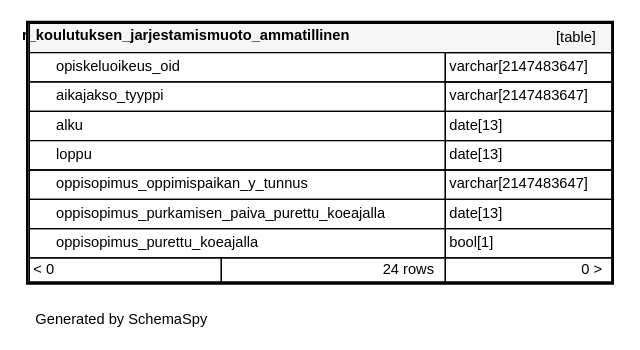
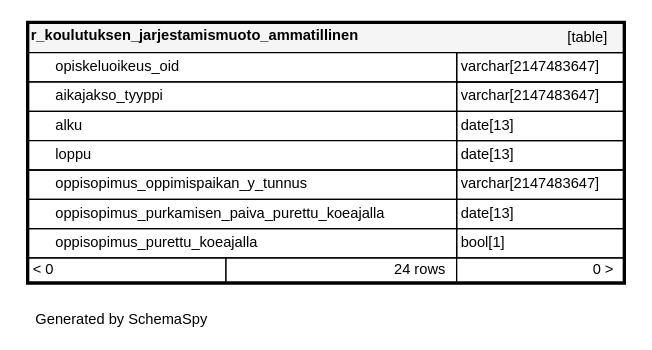
One commit to Opetushallitus/koski changed the diagram in documentation/tietokantaskeemat/koski-raportointikanta/diagrams/tables/r_koulutuksen_jarjestamismuoto__e7f45a0d.1degree.dot. Above: the diagram before and after it, drawn with Graphviz. The commit also changed 255 other files, not shown here.

```diff
--- a/documentation/tietokantaskeemat/koski-raportointikanta/diagrams/tables/r_koulutuksen_jarjestamismuoto__e7f45a0d.1degree.dot
+++ b/documentation/tietokantaskeemat/koski-raportointikanta/diagrams/tables/r_koulutuksen_jarjestamismuoto__e7f45a0d.1degree.dot
@@ -1,20 +1,20 @@
 digraph "oneDegreeRelationshipsDiagram" {
   graph [    rankdir="RL"    bgcolor="#ffffff"    label="\nGenerated by SchemaSpy"    labeljust="l"    nodesep="0.18"    ranksep="0.46"    fontname="Helvetica"    fontsize="11"    ration="compress"  ];  node [    fontname="Helvetica"    fontsize="11"    shape="plaintext"  ];  edge [    arrowsize="0.8"  ];
   "r_koulutuksen_jarjestamismuoto_ammatillinen" [
    label=<
     <TABLE BORDER="2" CELLBORDER="1" CELLSPACING="0" BGCOLOR="#ffffff">
-      <TR><TD COLSPAN="4"  BGCOLOR="#f5f5f5"><TABLE BORDER="0" CELLSPACING="0"><TR><TD ALIGN="LEFT" FIXEDSIZE="TRUE" WIDTH="268" HEIGHT="16"><B>r_koulutuksen_jarjestamismuoto_ammatillinen</B></TD><TD ALIGN="RIGHT">[table]</TD></TR></TABLE></TD></TR>
-      <TR><TD PORT="opiskeluoikeus_oid" COLSPAN="2" BGCOLOR="#ffffff" ALIGN="LEFT"><TABLE BORDER="0" CELLSPACING="0" ALIGN="LEFT"><TR ALIGN="LEFT"><TD ALIGN="LEFT" FIXEDSIZE="TRUE" WIDTH="15" HEIGHT="16"></TD><TD ALIGN="LEFT" FIXEDSIZE="TRUE" WIDTH="291" HEIGHT="16">opiskeluoikeus_oid</TD></TR></TABLE></TD><TD PORT="opiskeluoikeus_oid.type" ALIGN="LEFT">varchar[2147483647]</TD></TR>
-      <TR><TD PORT="aikajakso_tyyppi" COLSPAN="2" BGCOLOR="#ffffff" ALIGN="LEFT"><TABLE BORDER="0" CELLSPACING="0" ALIGN="LEFT"><TR ALIGN="LEFT"><TD ALIGN="LEFT" FIXEDSIZE="TRUE" WIDTH="15" HEIGHT="16"></TD><TD ALIGN="LEFT" FIXEDSIZE="TRUE" WIDTH="291" HEIGHT="16">aikajakso_tyyppi</TD></TR></TABLE></TD><TD PORT="aikajakso_tyyppi.type" ALIGN="LEFT">varchar[2147483647]</TD></TR>
-      <TR><TD PORT="alku" COLSPAN="2" BGCOLOR="#ffffff" ALIGN="LEFT"><TABLE BORDER="0" CELLSPACING="0" ALIGN="LEFT"><TR ALIGN="LEFT"><TD ALIGN="LEFT" FIXEDSIZE="TRUE" WIDTH="15" HEIGHT="16"></TD><TD ALIGN="LEFT" FIXEDSIZE="TRUE" WIDTH="291" HEIGHT="16">alku</TD></TR></TABLE></TD><TD PORT="alku.type" ALIGN="LEFT">date[13]</TD></TR>
-      <TR><TD PORT="loppu" COLSPAN="2" BGCOLOR="#ffffff" ALIGN="LEFT"><TABLE BORDER="0" CELLSPACING="0" ALIGN="LEFT"><TR ALIGN="LEFT"><TD ALIGN="LEFT" FIXEDSIZE="TRUE" WIDTH="15" HEIGHT="16"></TD><TD ALIGN="LEFT" FIXEDSIZE="TRUE" WIDTH="291" HEIGHT="16">loppu</TD></TR></TABLE></TD><TD PORT="loppu.type" ALIGN="LEFT">date[13]</TD></TR>
-      <TR><TD PORT="oppisopimus_oppimispaikan_y_tunnus" COLSPAN="2" ALIGN="LEFT"><TABLE BORDER="0" CELLSPACING="0" ALIGN="LEFT"><TR ALIGN="LEFT"><TD ALIGN="LEFT" FIXEDSIZE="TRUE" WIDTH="15" HEIGHT="16"></TD><TD ALIGN="LEFT" FIXEDSIZE="TRUE" WIDTH="291" HEIGHT="16">oppisopimus_oppimispaikan_y_tunnus</TD></TR></TABLE></TD><TD PORT="oppisopimus_oppimispaikan_y_tunnus.type" ALIGN="LEFT">varchar[2147483647]</TD></TR>
-      <TR><TD PORT="oppisopimus_purkamisen_paiva_purettu_koeajalla" COLSPAN="2" ALIGN="LEFT"><TABLE BORDER="0" CELLSPACING="0" ALIGN="LEFT"><TR ALIGN="LEFT"><TD ALIGN="LEFT" FIXEDSIZE="TRUE" WIDTH="15" HEIGHT="16"></TD><TD ALIGN="LEFT" FIXEDSIZE="TRUE" WIDTH="291" HEIGHT="16">oppisopimus_purkamisen_paiva_purettu_koeajalla</TD></TR></TABLE></TD><TD PORT="oppisopimus_purkamisen_paiva_purettu_koeajalla.type" ALIGN="LEFT">date[13]</TD></TR>
-      <TR><TD PORT="oppisopimus_purettu_koeajalla" COLSPAN="2" ALIGN="LEFT"><TABLE BORDER="0" CELLSPACING="0" ALIGN="LEFT"><TR ALIGN="LEFT"><TD ALIGN="LEFT" FIXEDSIZE="TRUE" WIDTH="15" HEIGHT="16"></TD><TD ALIGN="LEFT" FIXEDSIZE="TRUE" WIDTH="291" HEIGHT="16">oppisopimus_purettu_koeajalla</TD></TR></TABLE></TD><TD PORT="oppisopimus_purettu_koeajalla.type" ALIGN="LEFT">bool[1]</TD></TR>
+      <TR><TD COLSPAN="4"  BGCOLOR="#f5f5f5"><TABLE BORDER="0" CELLSPACING="0"><TR><TD ALIGN="LEFT" FIXEDSIZE="TRUE" WIDTH="282" HEIGHT="16"><B>r_koulutuksen_jarjestamismuoto_ammatillinen</B></TD><TD ALIGN="RIGHT">[table]</TD></TR></TABLE></TD></TR>
+      <TR><TD PORT="opiskeluoikeus_oid" COLSPAN="2" BGCOLOR="#ffffff" ALIGN="LEFT"><TABLE BORDER="0" CELLSPACING="0" ALIGN="LEFT"><TR ALIGN="LEFT"><TD ALIGN="LEFT" FIXEDSIZE="TRUE" WIDTH="15" HEIGHT="16"></TD><TD ALIGN="LEFT" FIXEDSIZE="TRUE" WIDTH="300" HEIGHT="16">opiskeluoikeus_oid</TD></TR></TABLE></TD><TD PORT="opiskeluoikeus_oid.type" ALIGN="LEFT">varchar[2147483647]</TD></TR>
+      <TR><TD PORT="aikajakso_tyyppi" COLSPAN="2" BGCOLOR="#ffffff" ALIGN="LEFT"><TABLE BORDER="0" CELLSPACING="0" ALIGN="LEFT"><TR ALIGN="LEFT"><TD ALIGN="LEFT" FIXEDSIZE="TRUE" WIDTH="15" HEIGHT="16"></TD><TD ALIGN="LEFT" FIXEDSIZE="TRUE" WIDTH="300" HEIGHT="16">aikajakso_tyyppi</TD></TR></TABLE></TD><TD PORT="aikajakso_tyyppi.type" ALIGN="LEFT">varchar[2147483647]</TD></TR>
+      <TR><TD PORT="alku" COLSPAN="2" BGCOLOR="#ffffff" ALIGN="LEFT"><TABLE BORDER="0" CELLSPACING="0" ALIGN="LEFT"><TR ALIGN="LEFT"><TD ALIGN="LEFT" FIXEDSIZE="TRUE" WIDTH="15" HEIGHT="16"></TD><TD ALIGN="LEFT" FIXEDSIZE="TRUE" WIDTH="300" HEIGHT="16">alku</TD></TR></TABLE></TD><TD PORT="alku.type" ALIGN="LEFT">date[13]</TD></TR>
+      <TR><TD PORT="loppu" COLSPAN="2" BGCOLOR="#ffffff" ALIGN="LEFT"><TABLE BORDER="0" CELLSPACING="0" ALIGN="LEFT"><TR ALIGN="LEFT"><TD ALIGN="LEFT" FIXEDSIZE="TRUE" WIDTH="15" HEIGHT="16"></TD><TD ALIGN="LEFT" FIXEDSIZE="TRUE" WIDTH="300" HEIGHT="16">loppu</TD></TR></TABLE></TD><TD PORT="loppu.type" ALIGN="LEFT">date[13]</TD></TR>
+      <TR><TD PORT="oppisopimus_oppimispaikan_y_tunnus" COLSPAN="2" ALIGN="LEFT"><TABLE BORDER="0" CELLSPACING="0" ALIGN="LEFT"><TR ALIGN="LEFT"><TD ALIGN="LEFT" FIXEDSIZE="TRUE" WIDTH="15" HEIGHT="16"></TD><TD ALIGN="LEFT" FIXEDSIZE="TRUE" WIDTH="300" HEIGHT="16">oppisopimus_oppimispaikan_y_tunnus</TD></TR></TABLE></TD><TD PORT="oppisopimus_oppimispaikan_y_tunnus.type" ALIGN="LEFT">varchar[2147483647]</TD></TR>
+      <TR><TD PORT="oppisopimus_purkamisen_paiva_purettu_koeajalla" COLSPAN="2" ALIGN="LEFT"><TABLE BORDER="0" CELLSPACING="0" ALIGN="LEFT"><TR ALIGN="LEFT"><TD ALIGN="LEFT" FIXEDSIZE="TRUE" WIDTH="15" HEIGHT="16"></TD><TD ALIGN="LEFT" FIXEDSIZE="TRUE" WIDTH="300" HEIGHT="16">oppisopimus_purkamisen_paiva_purettu_koeajalla</TD></TR></TABLE></TD><TD PORT="oppisopimus_purkamisen_paiva_purettu_koeajalla.type" ALIGN="LEFT">date[13]</TD></TR>
+      <TR><TD PORT="oppisopimus_purettu_koeajalla" COLSPAN="2" ALIGN="LEFT"><TABLE BORDER="0" CELLSPACING="0" ALIGN="LEFT"><TR ALIGN="LEFT"><TD ALIGN="LEFT" FIXEDSIZE="TRUE" WIDTH="15" HEIGHT="16"></TD><TD ALIGN="LEFT" FIXEDSIZE="TRUE" WIDTH="300" HEIGHT="16">oppisopimus_purettu_koeajalla</TD></TR></TABLE></TD><TD PORT="oppisopimus_purettu_koeajalla.type" ALIGN="LEFT">bool[1]</TD></TR>
       <TR><TD ALIGN="LEFT" BGCOLOR="#ffffff">&lt; 0</TD><TD ALIGN="RIGHT" BGCOLOR="#ffffff">24 rows</TD><TD ALIGN="RIGHT" BGCOLOR="#ffffff">0 &gt;</TD></TR>
     </TABLE>>
     URL="../../tables/r_koulutuksen_jarjestamismuoto__e7f45a0d.html"
     target="_top"
     tooltip="r_koulutuksen_jarjestamismuoto_ammatillinen"
   ];
 }
```
